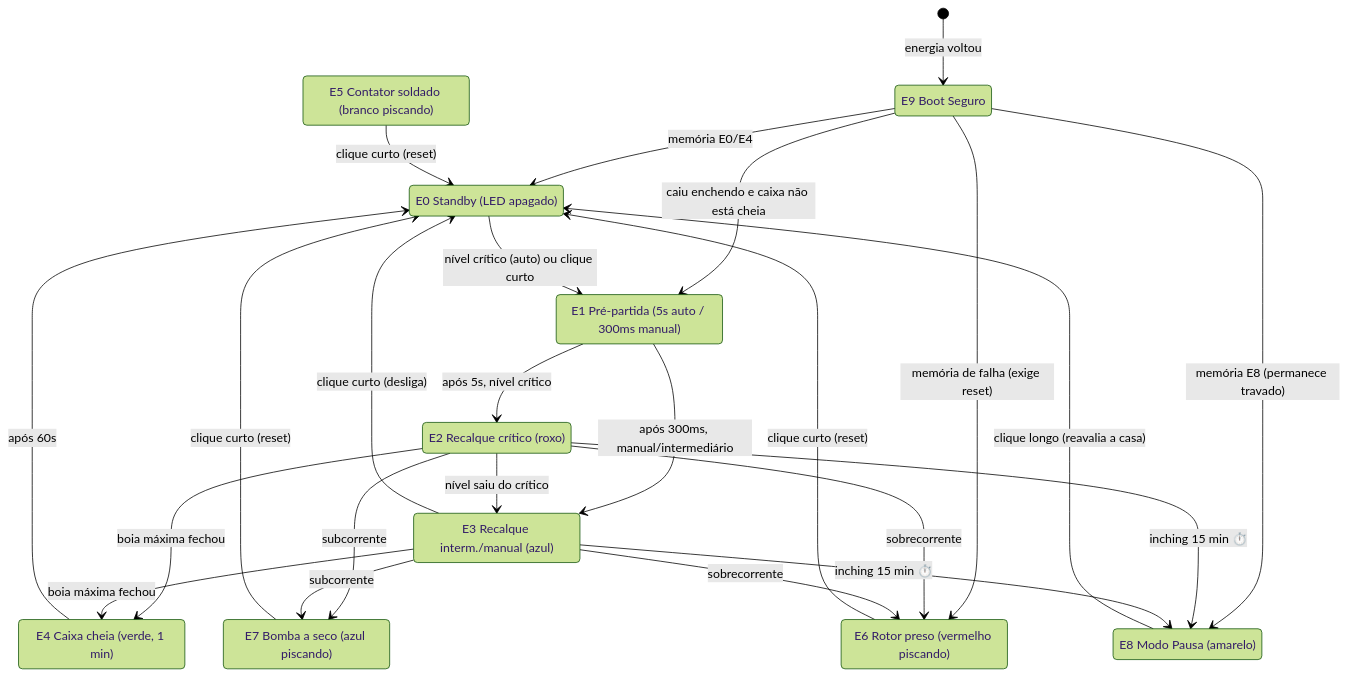
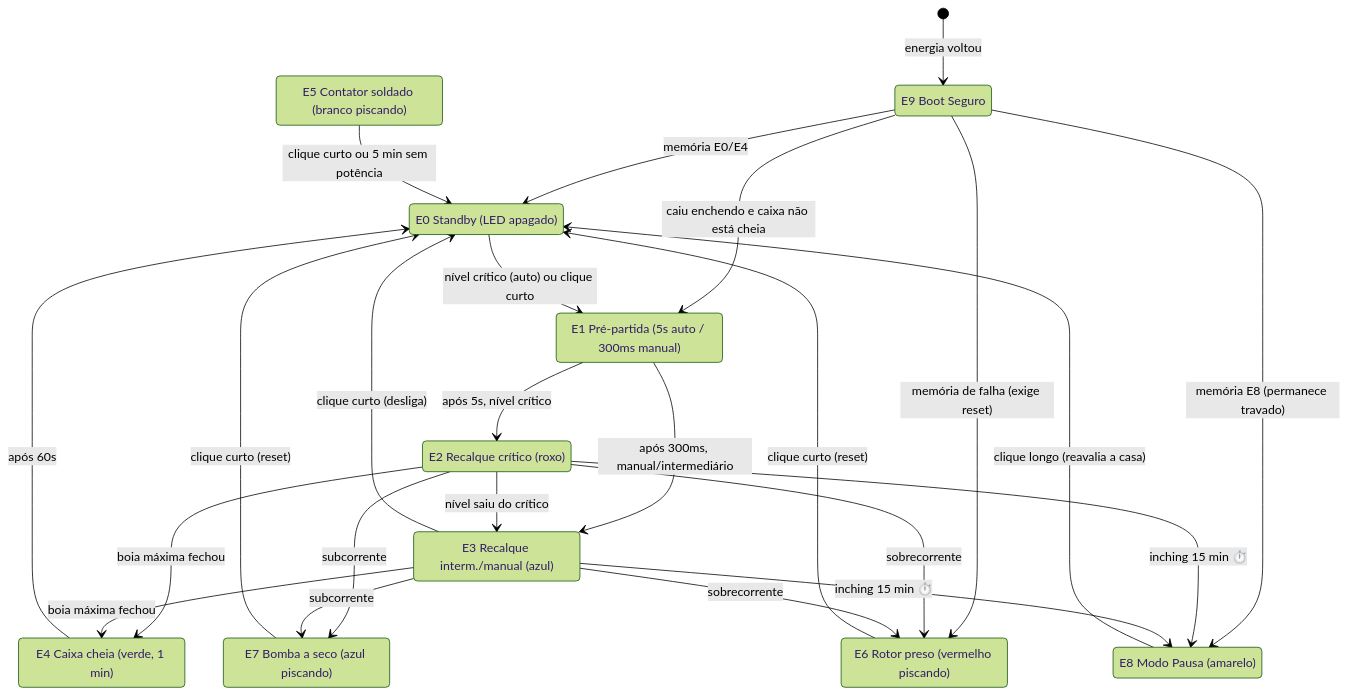
The diagram in README.md (willianrupert/caixa-dagua-esphome), drawn with Mermaid (forest theme) before and after one commit. The commit also changed other lines of this file and 2 other files, not shown here.

````diff
--- a/README.md
+++ b/README.md
@@ -29,41 +29,41 @@
 ```mermaid
 stateDiagram-v2
     direction TB
     [*] --> E9: energia voltou
     E9: E9 Boot Seguro
     E0: E0 Standby (LED apagado)
     E1: E1 Pré-partida (5s auto / 300ms manual)
     E2: E2 Recalque crítico (roxo)
     E3: E3 Recalque interm./manual (azul)
     E4: E4 Caixa cheia (verde, 1 min)
     E5: E5 Contator soldado (branco piscando)
     E6: E6 Rotor preso (vermelho piscando)
     E7: E7 Bomba a seco (azul piscando)
     E8: E8 Modo Pausa (amarelo)
 
     E9 --> E0: memória E0/E4
     E9 --> E1: caiu enchendo e caixa não está cheia
     E9 --> E8: memória E8 (permanece travado)
     E9 --> E6: memória de falha (exige reset)
 
     E0 --> E1: nível crítico (auto) ou clique curto
     E1 --> E2: após 5s, nível crítico
     E1 --> E3: após 300ms, manual/intermediário
     E2 --> E3: nível saiu do crítico
     E2 --> E4: boia máxima fechou
     E3 --> E4: boia máxima fechou
     E3 --> E0: clique curto (desliga)
     E4 --> E0: após 60s
 
     E2 --> E6: sobrecorrente
     E2 --> E7: subcorrente
     E3 --> E6: sobrecorrente
     E3 --> E7: subcorrente
     E6 --> E0: clique curto (reset)
     E7 --> E0: clique curto (reset)
-    E5 --> E0: clique curto (reset)
+    E5 --> E0: clique curto ou 5 min sem potência
 
     E2 --> E8: inching 15 min ⏱️
     E3 --> E8: inching 15 min ⏱️
     E8 --> E0: clique longo (reavalia a casa)
 ```
````
